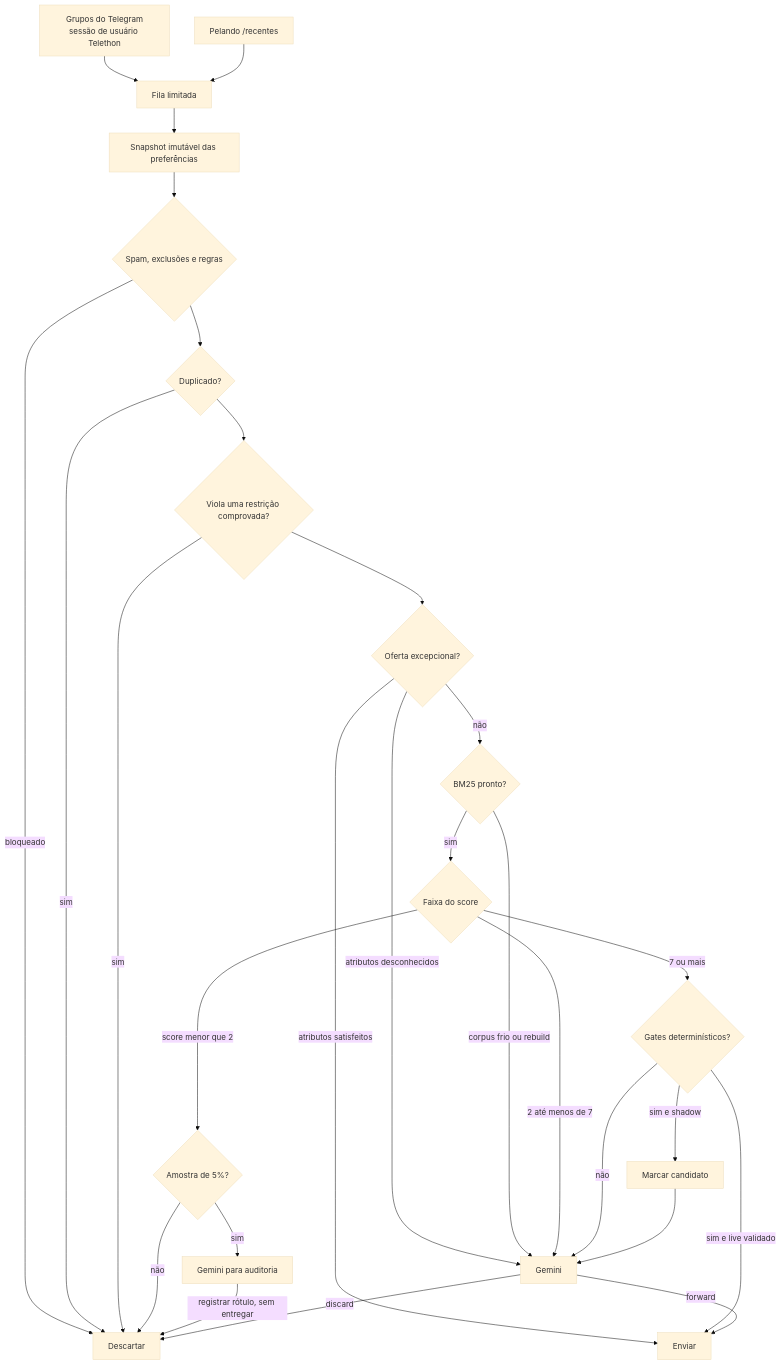
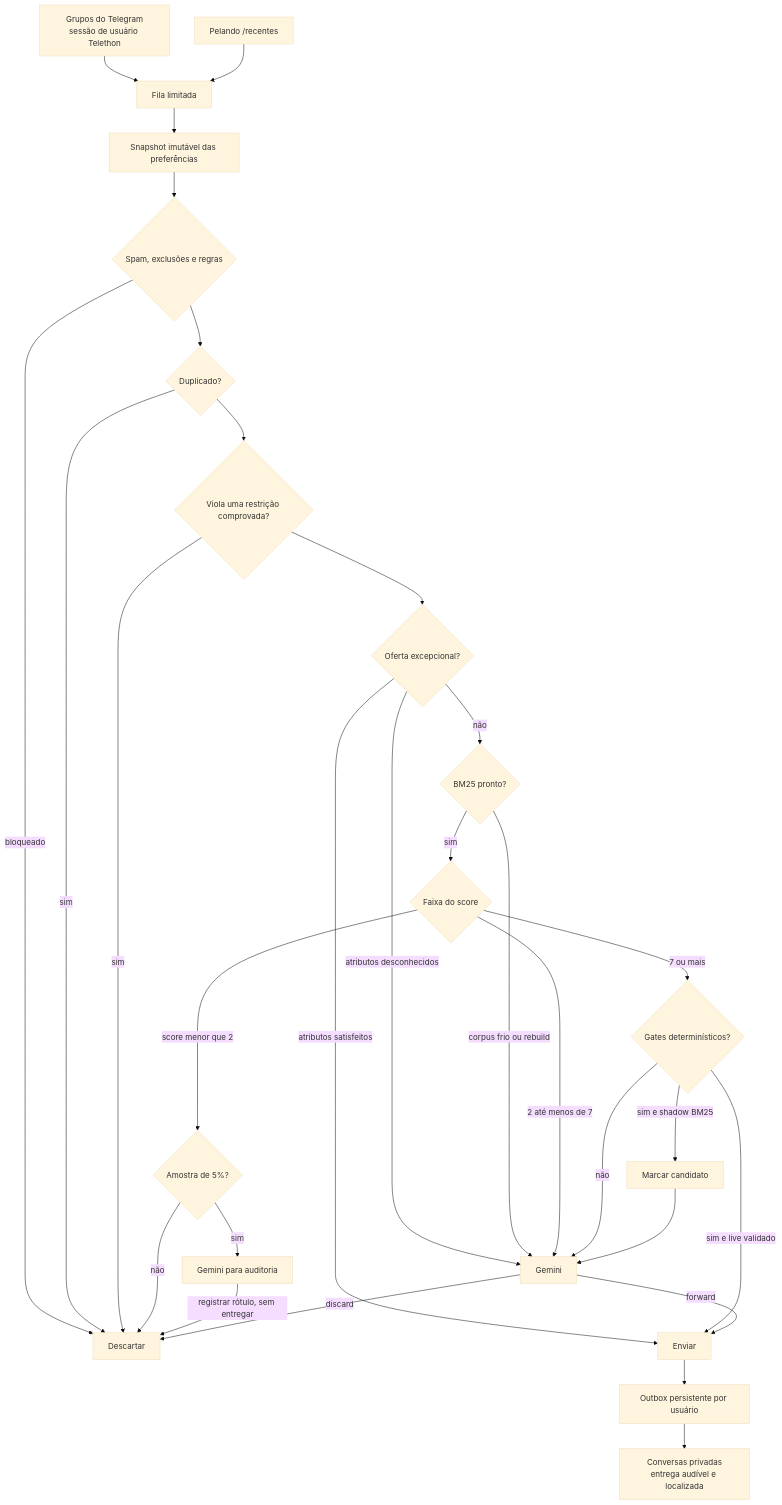
Before and after one commit to koobzaar/Sieve: the diagram in README.pt-BR.md, drawn with Mermaid (base theme). The commit also changed other lines of this file and 43 other files, not shown here.

````diff
--- a/README.pt-BR.md
+++ b/README.pt-BR.md
@@ -54,30 +66,32 @@
 ```mermaid
 flowchart TD
     TG[Grupos do Telegram<br/>sessão de usuário Telethon] --> Q[Fila limitada]
     PL[Pelando /recentes] --> Q
     Q --> PS[Snapshot imutável das preferências]
     PS --> F{Spam, exclusões e regras}
     F -->|bloqueado| D[Descartar]
     F --> DD{Duplicado?}
     DD -->|sim| D
     DD --> C{Viola uma restrição comprovada?}
     C -->|sim| D
     C --> E{Oferta excepcional?}
     E -->|atributos satisfeitos| O[Enviar]
     E -->|atributos desconhecidos| G[Gemini]
     E -->|não| R{BM25 pronto?}
     R -->|corpus frio ou rebuild| G
     R -->|sim| B{Faixa do score}
     B -->|score menor que 2| A{Amostra de 5%?}
     A -->|não| D
     A -->|sim| GA[Gemini para auditoria]
     GA -->|registrar rótulo, sem entregar| D
     B -->|2 até menos de 7| G
     B -->|7 ou mais| K{Gates determinísticos?}
     K -->|não| G
-    K -->|sim e shadow| S[Marcar candidato]
+    K -->|sim e shadow BM25| S[Marcar candidato]
     S --> G
     K -->|sim e live validado| O
     G -->|forward| O
     G -->|discard| D
+    O --> X[Outbox persistente por usuário]
+    X --> T[Conversas privadas<br/>entrega audível e localizada]
 ```
````
